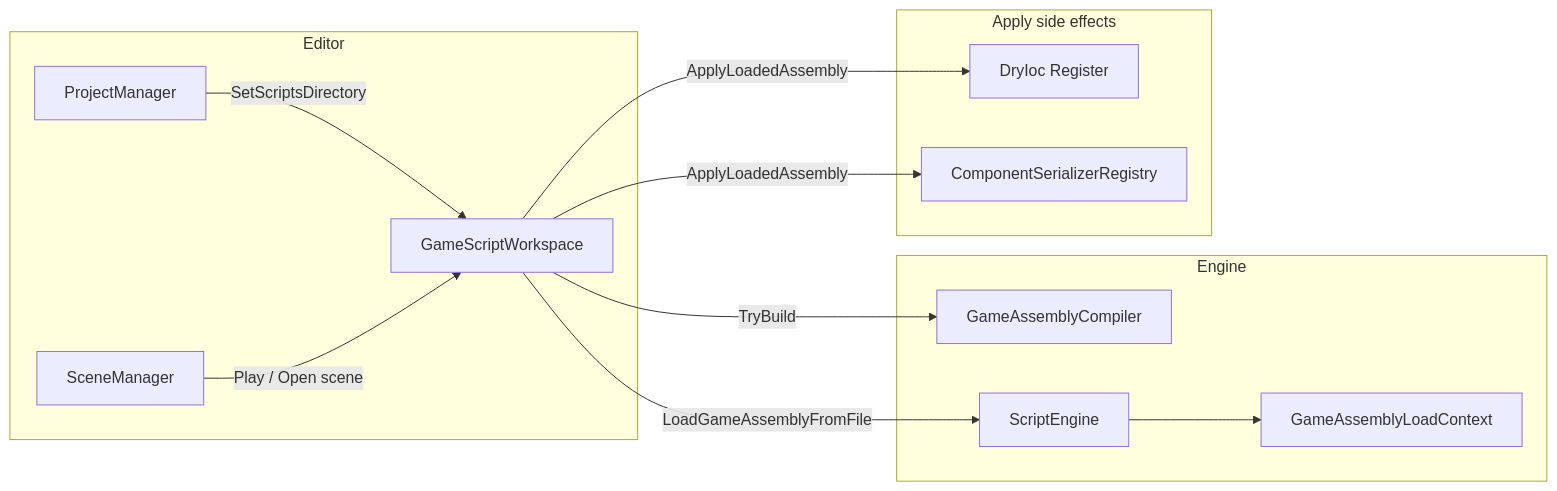
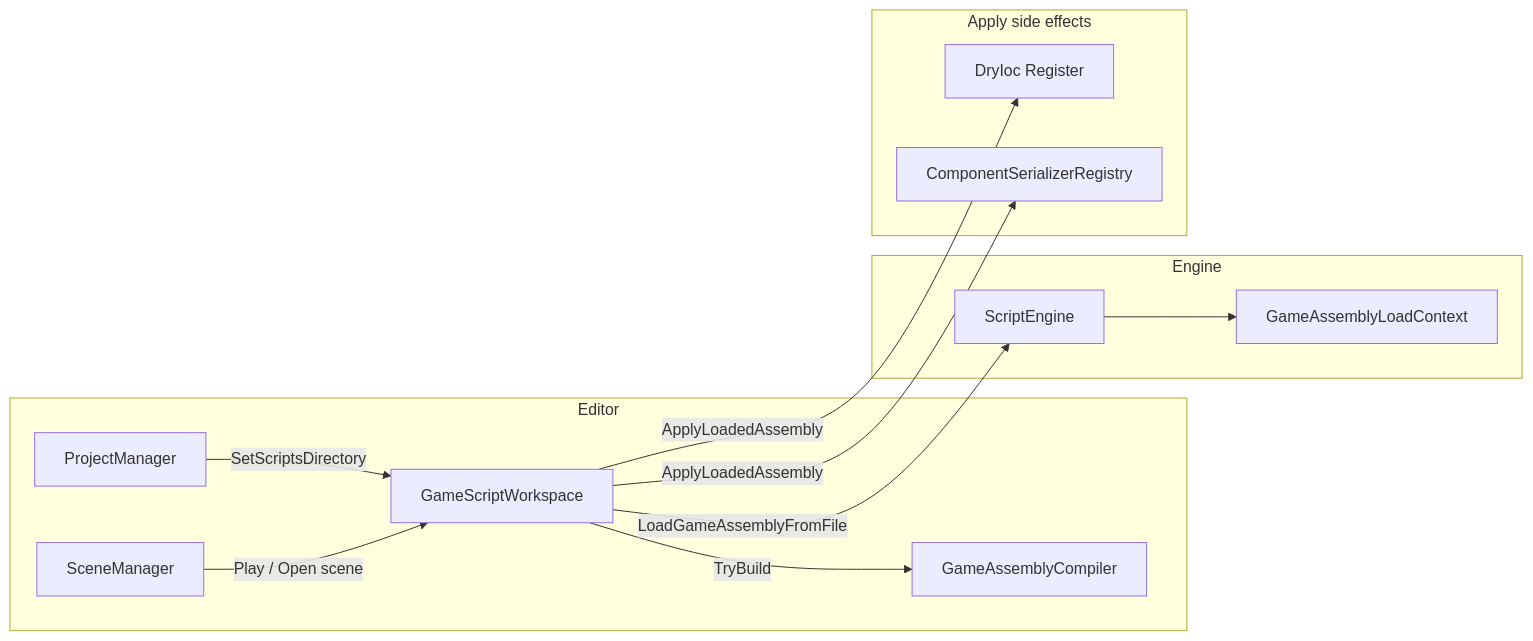
The first of 2 diagrams in docs/architecture/scripting-lifecycle.md (kateusz/GameEngine), drawn with Mermaid before and after one commit. The commit also changed other lines of this file and 15 other files, not shown here.

First line of the commit message:
Take Roslyn off the Runtime graph so the player only loads GameAssembly.dll. (#457)

````diff
--- a/docs/architecture/scripting-lifecycle.md
+++ b/docs/architecture/scripting-lifecycle.md
@@ -31,25 +32,25 @@
 ```mermaid
 graph LR
     subgraph editor [Editor]
         WS[GameScriptWorkspace]
         PM[ProjectManager]
         SM[SceneManager]
+        Compiler[GameAssemblyCompiler]
     end
     subgraph engine [Engine]
-        Compiler[GameAssemblyCompiler]
         SE[ScriptEngine]
         ALC[GameAssemblyLoadContext]
     end
     subgraph apply [Apply side effects]
         DI[DryIoc Register]
         Ser[ComponentSerializerRegistry]
     end
 
     PM -->|SetScriptsDirectory| WS
     SM -->|Play / Open scene| WS
     WS -->|TryBuild| Compiler
     WS -->|LoadGameAssemblyFromFile| SE
     SE --> ALC
     WS -->|ApplyLoadedAssembly| DI
     WS -->|ApplyLoadedAssembly| Ser
 ```
````
